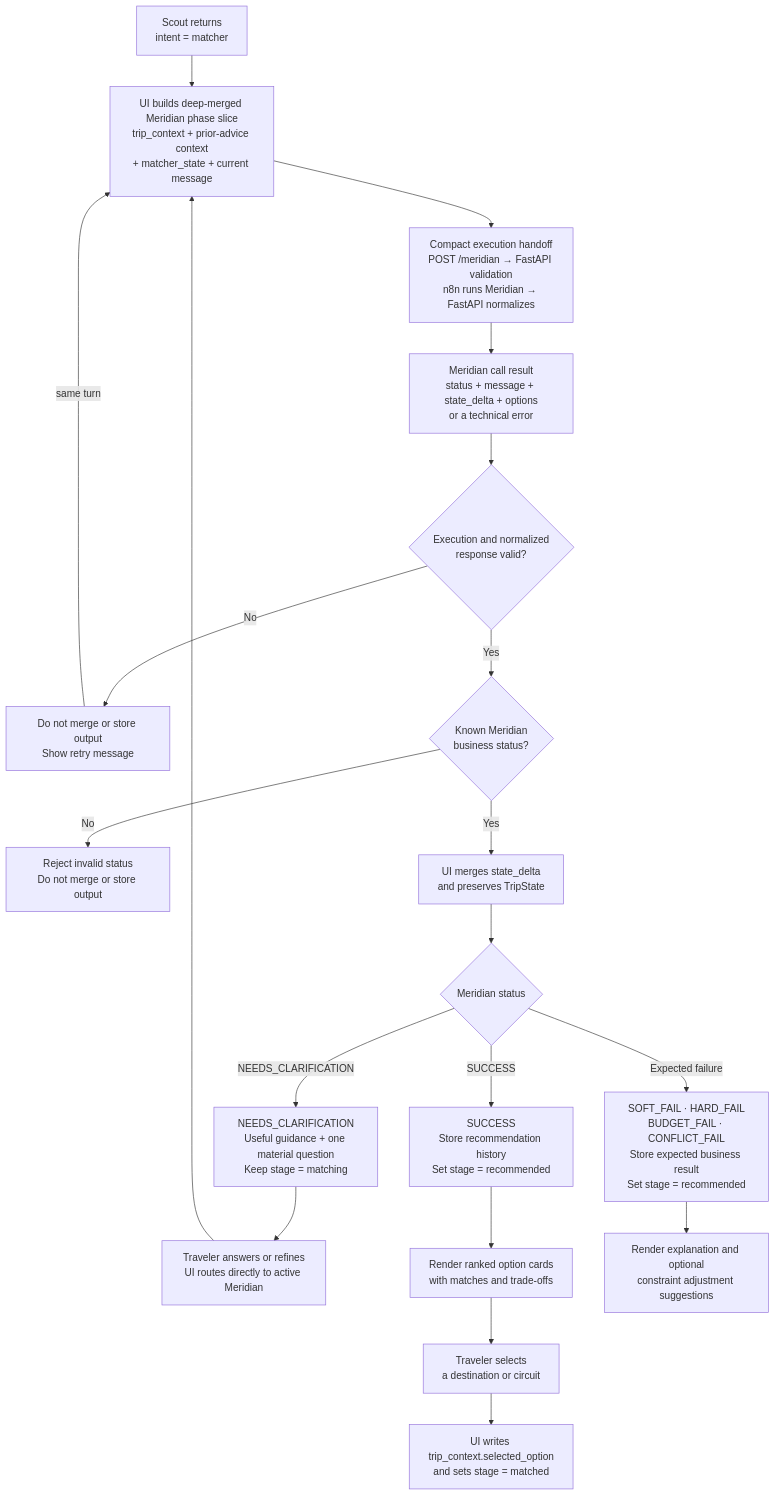
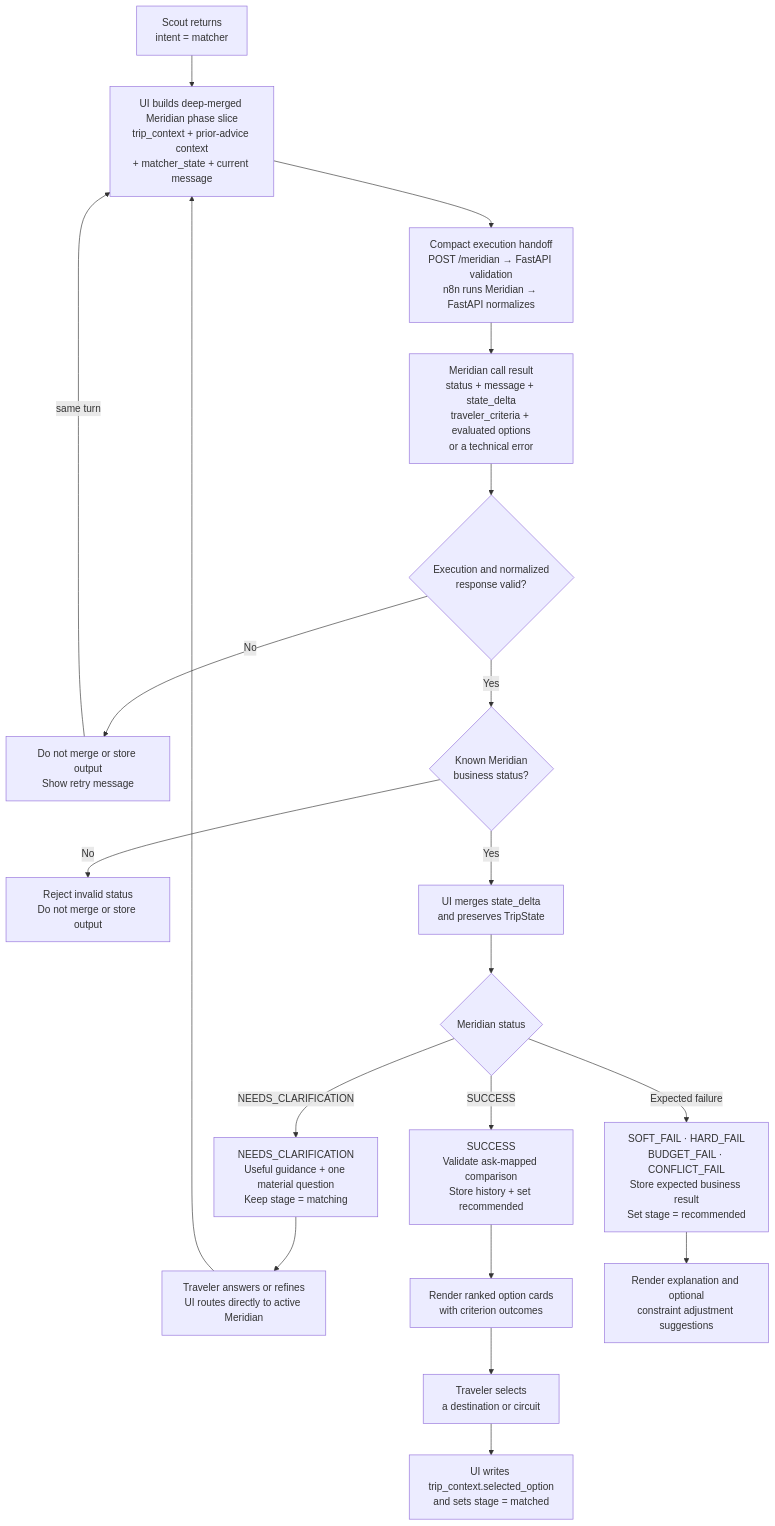
One commit to agarwalnaina1496/TWM_Docs changed the diagram in trip-matcher/README.md. Above: the diagram before and after it, drawn with Mermaid. The commit also changed other lines of this file and 7 other files, not shown here.

Commit message:
Document the ask-mapped recommendation UX and contractDocument the ask-mapped recommendation UX and contract

````diff
--- a/trip-matcher/README.md
+++ b/trip-matcher/README.md
@@ -22,33 +22,33 @@
 ```mermaid
 flowchart TB
     Start["Scout returns<br/>intent = matcher"]
     Build["UI builds deep-merged Meridian phase slice<br/>trip_context + prior-advice context<br/>+ matcher_state + current message"]
     Handoff["Compact execution handoff<br/>POST /meridian → FastAPI validation<br/>n8n runs Meridian → FastAPI normalizes"]
-    Result["Meridian call result<br/>status + message + state_delta + options<br/>or a technical error"]
+    Result["Meridian call result<br/>status + message + state_delta<br/>traveler_criteria + evaluated options<br/>or a technical error"]
 
     Infrastructure{"Execution and normalized<br/>response valid?"}
     Retry["Do not merge or store output<br/>Show retry message"]
     BusinessStatus{"Known Meridian<br/>business status?"}
     Invalid["Reject invalid status<br/>Do not merge or store output"]
     Merge["UI merges state_delta<br/>and preserves TripState"]
     Status{"Meridian status"}
     Clarify["NEEDS_CLARIFICATION<br/>Useful guidance + one material question<br/>Keep stage = matching"]
     Answer["Traveler answers or refines<br/>UI routes directly to active Meridian"]
-    Recommendation["SUCCESS<br/>Store recommendation history<br/>Set stage = recommended"]
-    Cards["Render ranked option cards<br/>with matches and trade-offs"]
+    Recommendation["SUCCESS<br/>Validate ask-mapped comparison<br/>Store history + set recommended"]
+    Cards["Render ranked option cards<br/>with criterion outcomes"]
     Failure["SOFT_FAIL · HARD_FAIL<br/>BUDGET_FAIL · CONFLICT_FAIL<br/>Store expected business result<br/>Set stage = recommended"]
     Explain["Render explanation and optional<br/>constraint adjustment suggestions"]
     Select["Traveler selects<br/>a destination or circuit"]
     Matched["UI writes trip_context.selected_option<br/>and sets stage = matched"]
 
     Start --> Build --> Handoff --> Result --> Infrastructure
 
     Infrastructure -->|No| Retry
     Retry -->|same turn| Build
     Infrastructure -->|Yes| BusinessStatus
     BusinessStatus -->|No| Invalid
     BusinessStatus -->|Yes| Merge --> Status
     Status -->|NEEDS_CLARIFICATION| Clarify --> Answer --> Build
     Status -->|SUCCESS| Recommendation --> Cards --> Select --> Matched
     Status -->|Expected failure| Failure --> Explain
 ```
````
